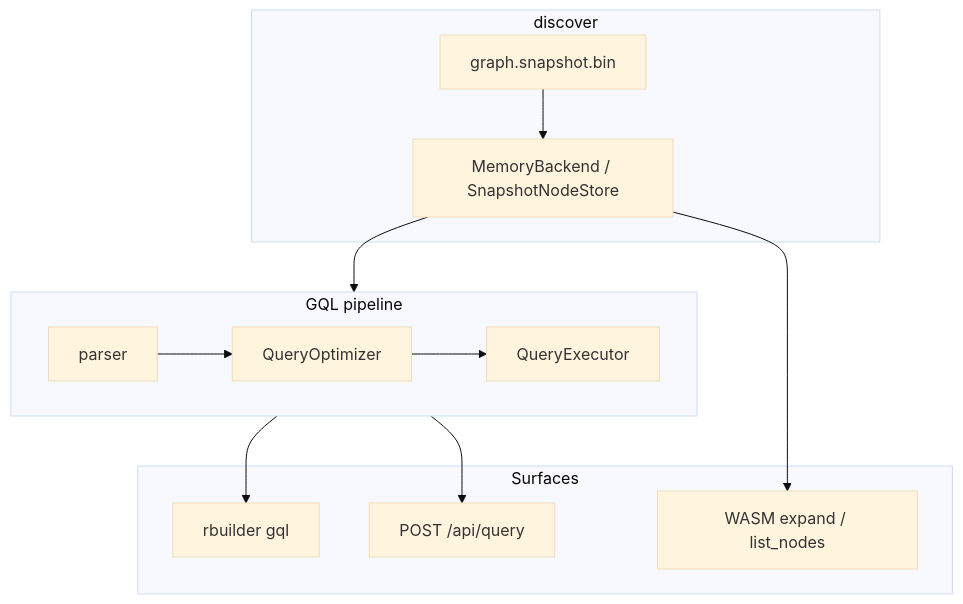
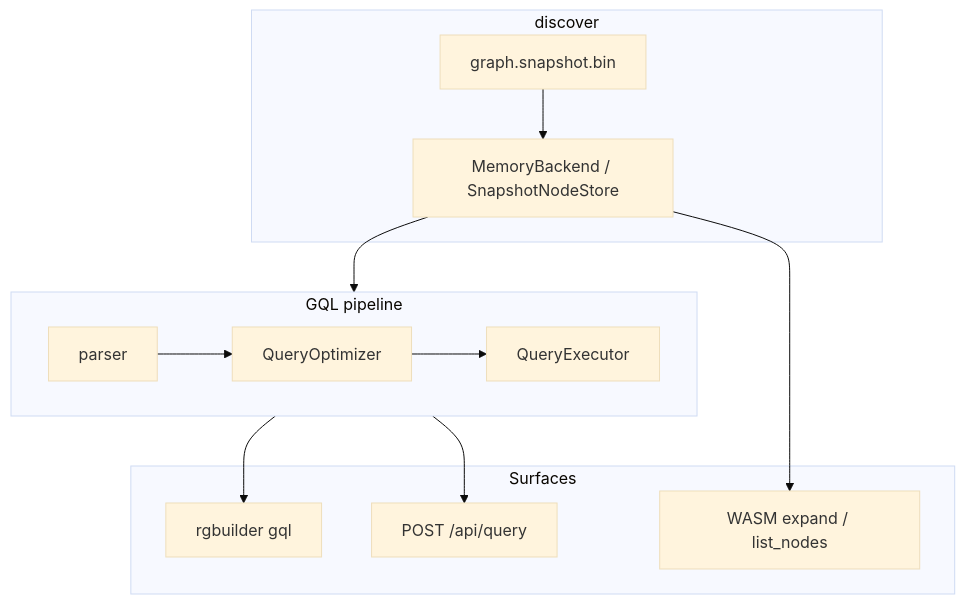
One commit to l3acon/rgctl changed the diagram in docs/design/gql-design.md. Above: the diagram before and after it, drawn with Mermaid (base theme). The commit also changed other lines of this file and 1908 other files, not shown here.

````diff
--- a/docs/design/gql-design.md
+++ b/docs/design/gql-design.md
@@ -30,25 +30,25 @@
 ```mermaid
 flowchart TB
   subgraph index["discover"]
     SNAP[graph.snapshot.bin]
     SNAP --> BACK[MemoryBackend / SnapshotNodeStore]
   end
 
   subgraph gql["GQL pipeline"]
     PARSE[parser]
     OPT[QueryOptimizer]
     EXEC[QueryExecutor]
     PARSE --> OPT --> EXEC
   end
 
   subgraph surfaces["Surfaces"]
-    CLI[rbuilder gql]
+    CLI[rgbuilder gql]
     HTTP[POST /api/query]
     WASM[WASM expand / list_nodes]
   end
 
   BACK --> gql
   gql --> CLI
   gql --> HTTP
   BACK --> WASM
 ```
````
